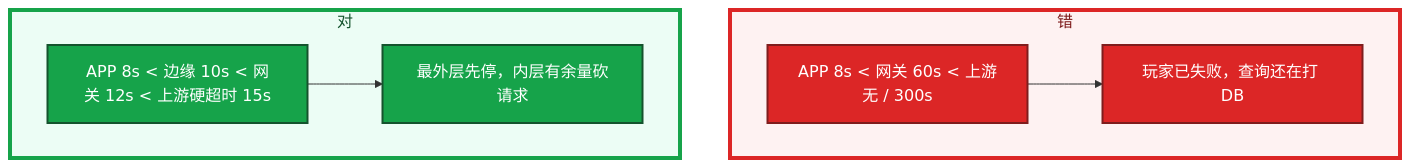
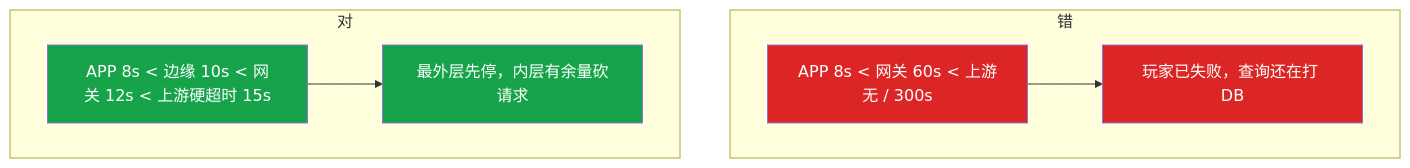
Before and after one commit to ml-cuizijun/LearnToLilith: the fourth of 7 diagrams in 02-基础底座/09-HTTP与TLS/知识点.md, drawn with Mermaid. The commit also changed other lines of this file and 213 other files, not shown here.

````diff
--- a/02-基础底座/09-HTTP与TLS/知识点.md
+++ b/02-基础底座/09-HTTP与TLS/知识点.md
@@ -197,19 +169,16 @@
 ```mermaid
 flowchart TB
     subgraph wrong ["错"]
         w["APP 8s < 网关 60s < 上游无 / 300s"]
         w --> w2[玩家已失败，查询还在打 DB]
     end
     subgraph right ["对"]
         r["APP 8s < 边缘 10s < 网关 12s < 上游硬超时 15s"]
         r --> r2[最外层先停，内层有余量砍请求]
     end
 
-    classDef bad fill:#DC2626,stroke:#7F1D1D,stroke-width:2px,color:#fff
-    classDef ok fill:#16A34A,stroke:#14532D,stroke-width:2px,color:#fff
+    classDef bad fill:#DC2626,color:#fff
+    classDef ok fill:#16A34A,color:#fff
     class w,w2 bad
     class r,r2 ok
-
-    style wrong fill:#FEF2F2,stroke:#DC2626,stroke-width:4px,color:#7F1D1D
-    style right fill:#ECFDF5,stroke:#16A34A,stroke-width:4px,color:#14532D
 ```
````
